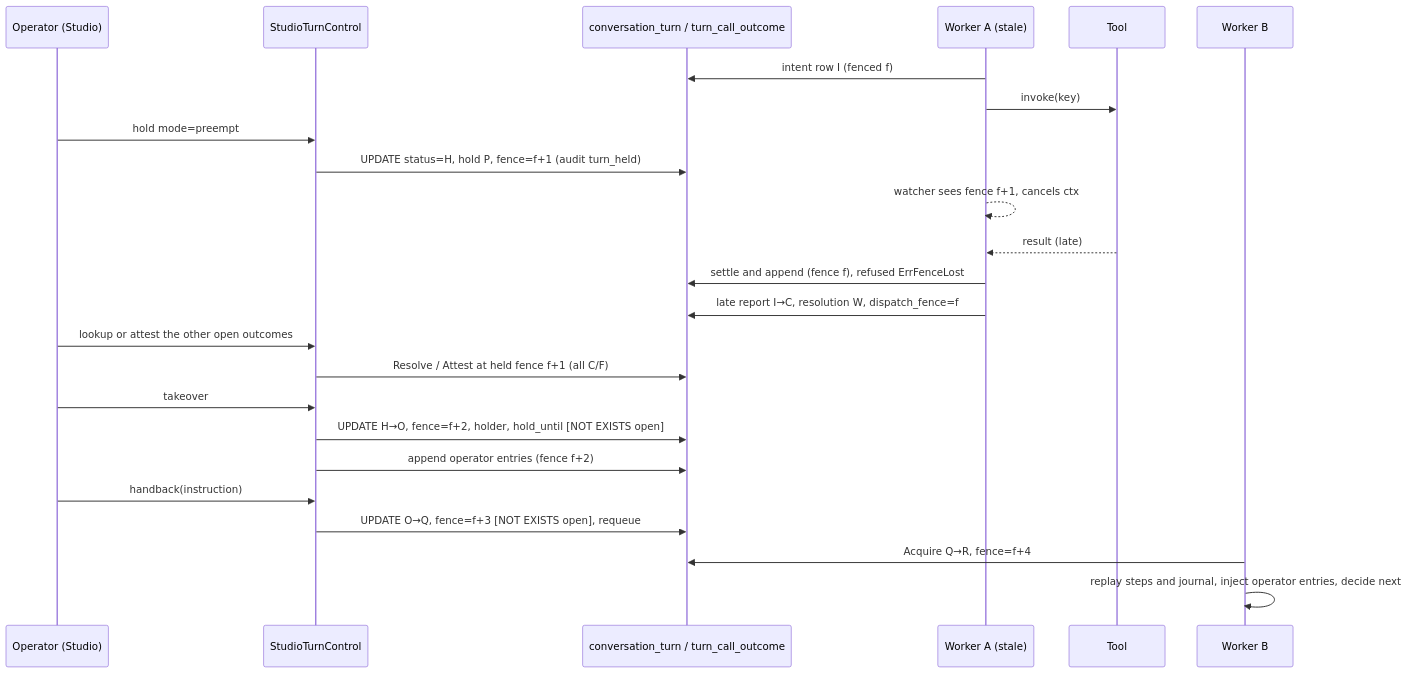
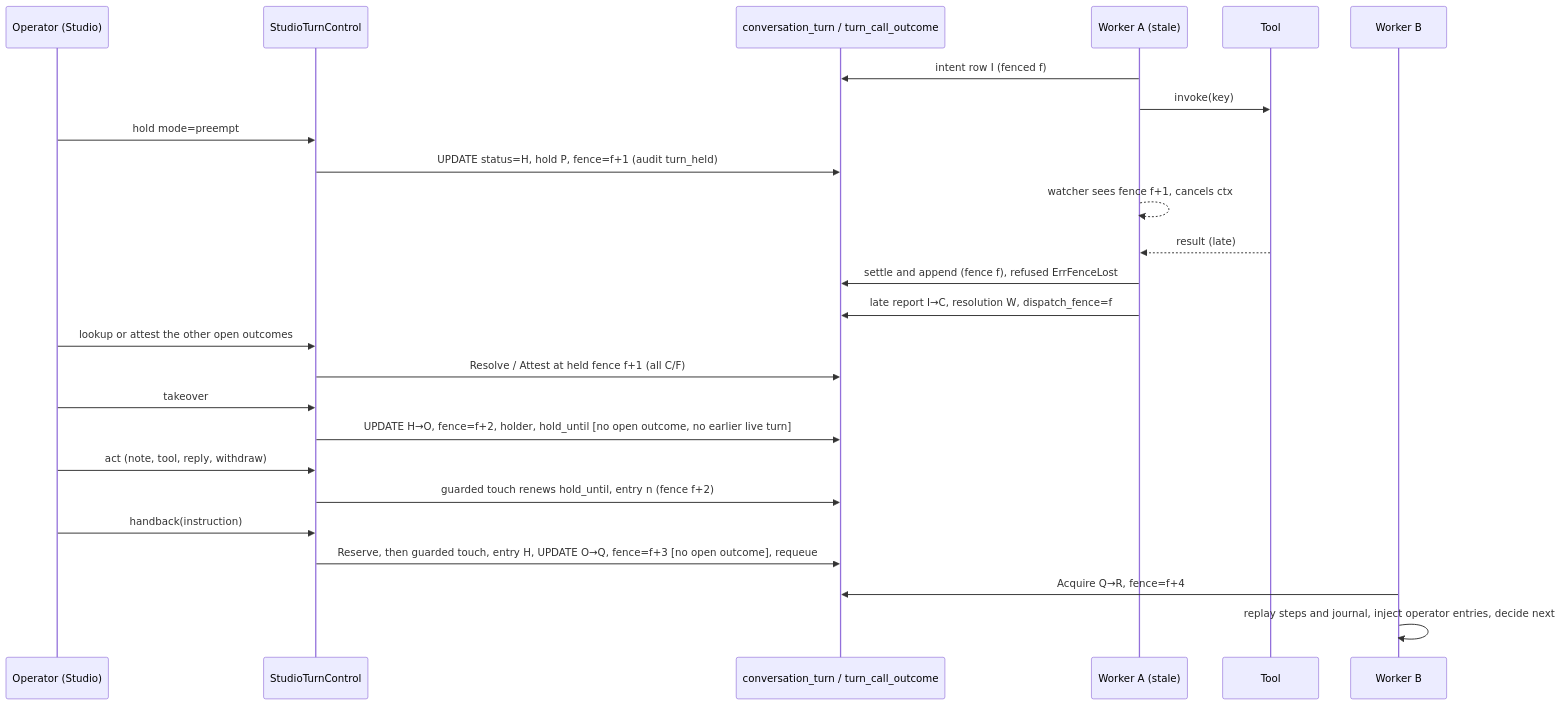
The second of 2 diagrams in doc/turn_takeover.md (nauticana/scout), drawn with Mermaid before and after one commit. The commit also changed other lines of this file and 88 other files, not shown here.

````diff
--- a/doc/turn_takeover.md
+++ b/doc/turn_takeover.md
@@ -235,26 +238,27 @@
 ```mermaid
 sequenceDiagram
     participant Op as Operator (Studio)
     participant TC as StudioTurnControl
     participant DB as conversation_turn / turn_call_outcome
     participant W1 as Worker A (stale)
     participant Tool
     participant W2 as Worker B
     W1->>DB: intent row I (fenced f)
     W1->>Tool: invoke(key)
     Op->>TC: hold mode=preempt
     TC->>DB: UPDATE status=H, hold P, fence=f+1 (audit turn_held)
     W1-->>W1: watcher sees fence f+1, cancels ctx
     Tool-->>W1: result (late)
     W1->>DB: settle and append (fence f), refused ErrFenceLost
     W1->>DB: late report I→C, resolution W, dispatch_fence=f
     Op->>TC: lookup or attest the other open outcomes
     TC->>DB: Resolve / Attest at held fence f+1 (all C/F)
     Op->>TC: takeover
-    TC->>DB: UPDATE H→O, fence=f+2, holder, hold_until [NOT EXISTS open]
-    TC->>DB: append operator entries (fence f+2)
+    TC->>DB: UPDATE H→O, fence=f+2, holder, hold_until [no open outcome, no earlier live turn]
+    Op->>TC: act (note, tool, reply, withdraw)
+    TC->>DB: guarded touch renews hold_until, entry n (fence f+2)
     Op->>TC: handback(instruction)
-    TC->>DB: UPDATE O→Q, fence=f+3 [NOT EXISTS open], requeue
+    TC->>DB: Reserve, then guarded touch, entry H, UPDATE O→Q, fence=f+3 [no open outcome], requeue
     W2->>DB: Acquire Q→R, fence=f+4
     W2->>W2: replay steps and journal, inject operator entries, decide next
 ```
````
